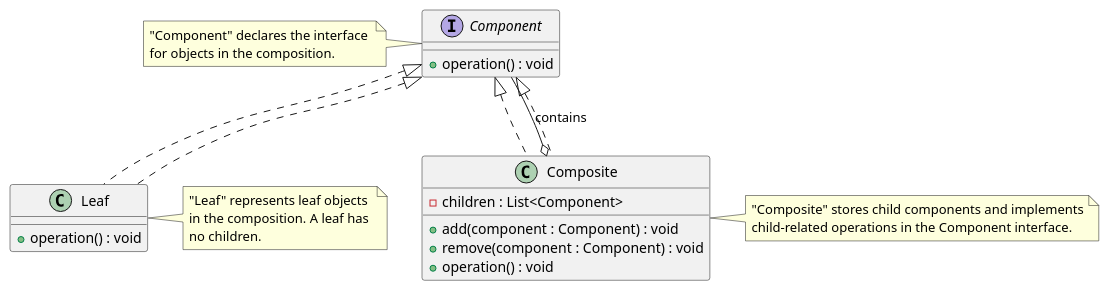
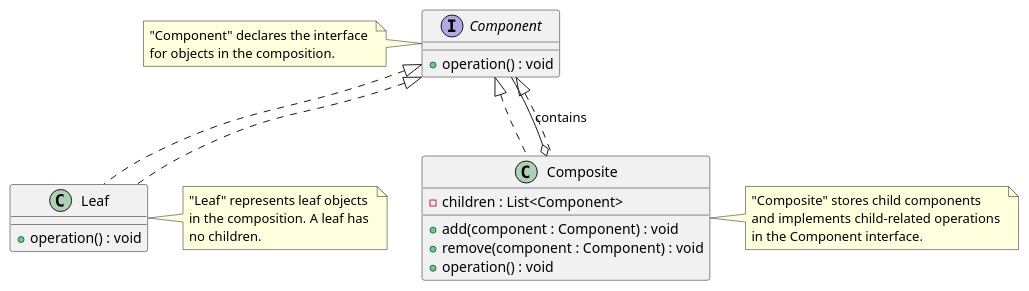
One commit to Gabriel-SoftwareAG/DesignPatterns changed the diagram in Patterns/Manuscript/manuscript/plantUml/composite_class_diagram.plantuml. Above: the diagram before and after it, drawn with PlantUML. The commit also changed 17 other files, not shown here.

```diff
--- a/Patterns/Manuscript/manuscript/plantUml/composite_class_diagram.plantuml
+++ b/Patterns/Manuscript/manuscript/plantUml/composite_class_diagram.plantuml
@@ -1,42 +1,43 @@
 @startuml CompositePatternClassDiagram
 
 ' Define interface for base components
 interface Component {
   +operation() : void
 }
 
 ' Define Leaf
 class Leaf implements Component {
   +operation() : void
 }
 
 ' Define Composite
 class Composite implements Component {
   -children : List<Component>
   +add(component : Component) : void
   +remove(component : Component) : void
   +operation() : void
 }
 
 ' Relations
 Component <|.. Leaf
 Component <|.. Composite
 Composite o-- Component : contains
 
 note left of Component
   "Component" declares the interface 
   for objects in the composition.
 end note
 
 note right of Leaf
   "Leaf" represents leaf objects 
   in the composition. A leaf has 
   no children.
 end note
 
 note right of Composite
-  "Composite" stores child components and implements
-  child-related operations in the Component interface.
+  "Composite" stores child components 
+  and implements child-related operations 
+  in the Component interface.
 end note
 
 @enduml
```
